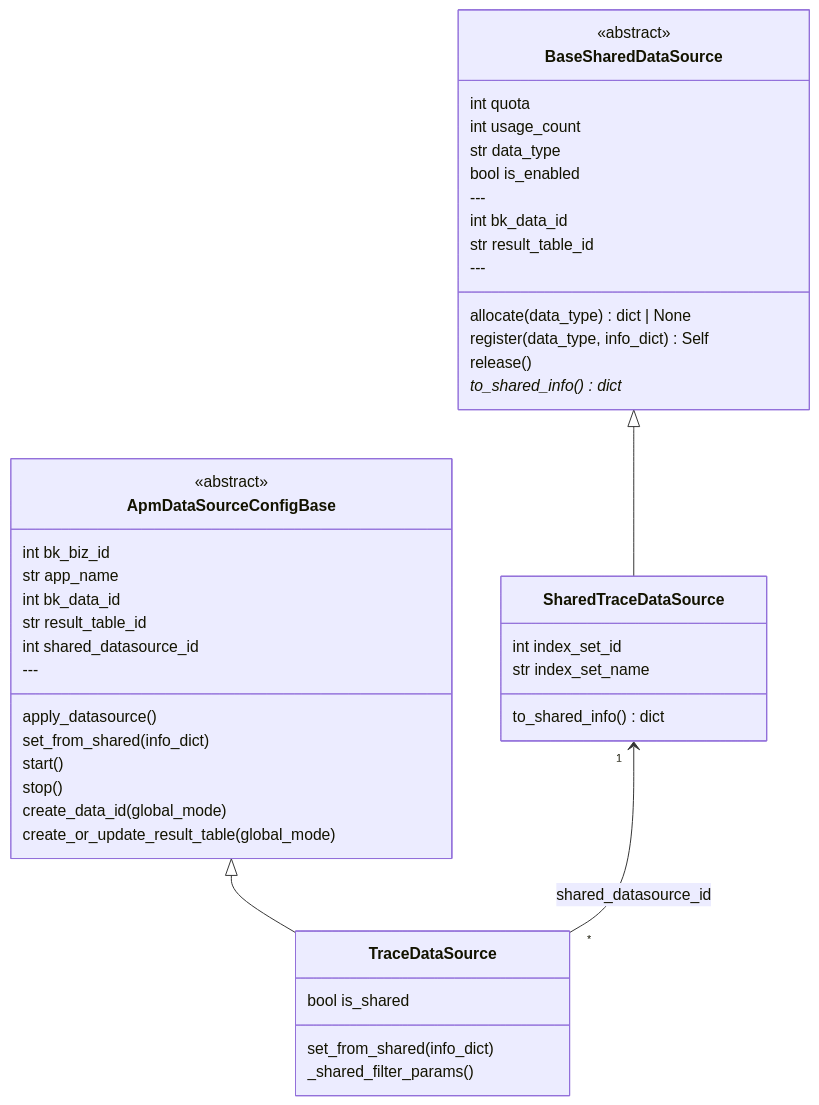
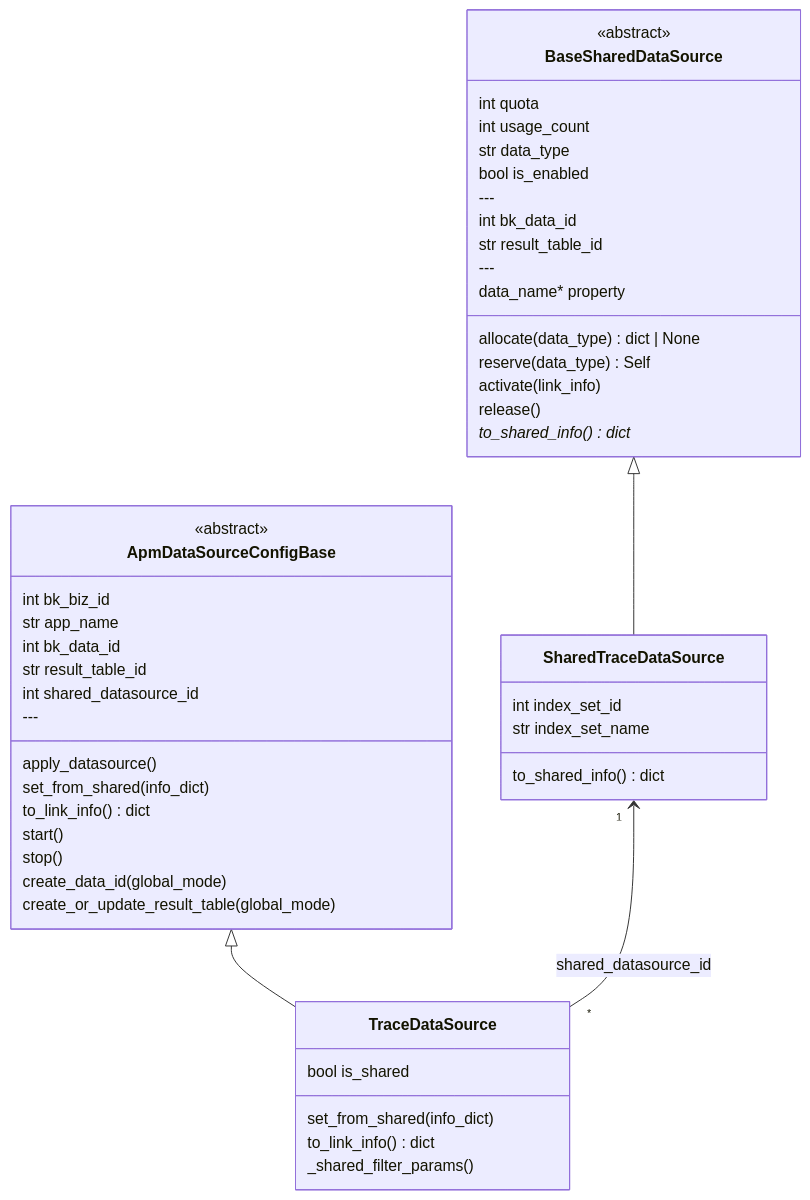
The third of 9 diagrams in knowledge/bkmonitor/issues/2026-03-03-apm-shared-datasource/PLAN.md (ZhuoZhuoCrayon/ai-workspace), drawn with Mermaid before and after one commit. The commit also changed other lines of this file, not shown here.

````diff
--- a/knowledge/bkmonitor/issues/2026-03-03-apm-shared-datasource/PLAN.md
+++ b/knowledge/bkmonitor/issues/2026-03-03-apm-shared-datasource/PLAN.md
@@ -122,46 +123,50 @@
 ```mermaid
 classDiagram
     class BaseSharedDataSource {
         <<abstract>>
         int quota
         int usage_count
         str data_type
         bool is_enabled
         ---
         int bk_data_id
         str result_table_id
         ---
         allocate(data_type) dict | None
-        register(data_type, info_dict) Self
+        reserve(data_type) Self
+        activate(link_info)
         release()
         to_shared_info() dict*
+        data_name* property
     }
     class SharedTraceDataSource {
         int index_set_id
         str index_set_name
         to_shared_info() dict
     }
     class ApmDataSourceConfigBase {
         <<abstract>>
         int bk_biz_id
         str app_name
         int bk_data_id
         str result_table_id
         int shared_datasource_id
         ---
         apply_datasource()
         set_from_shared(info_dict)
+        to_link_info() dict
         start()
         stop()
         create_data_id(global_mode)
         create_or_update_result_table(global_mode)
     }
     class TraceDataSource {
         bool is_shared
         set_from_shared(info_dict)
+        to_link_info() dict
         _shared_filter_params()
     }
     BaseSharedDataSource <|-- SharedTraceDataSource
     ApmDataSourceConfigBase <|-- TraceDataSource
     SharedTraceDataSource "1" <-- "*" TraceDataSource : shared_datasource_id
 ```
````
